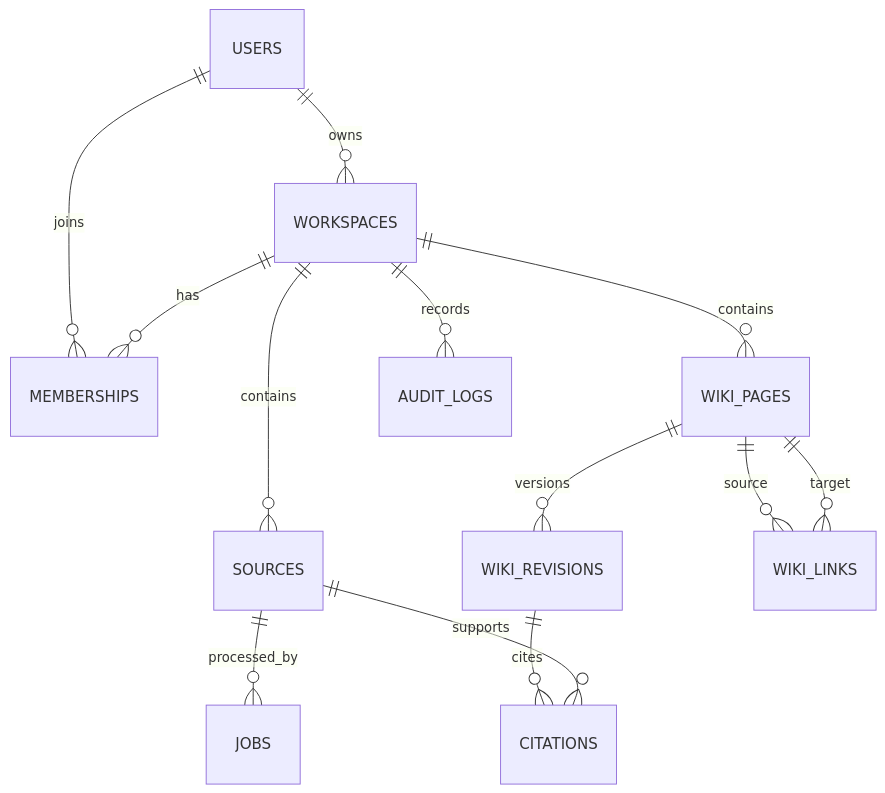
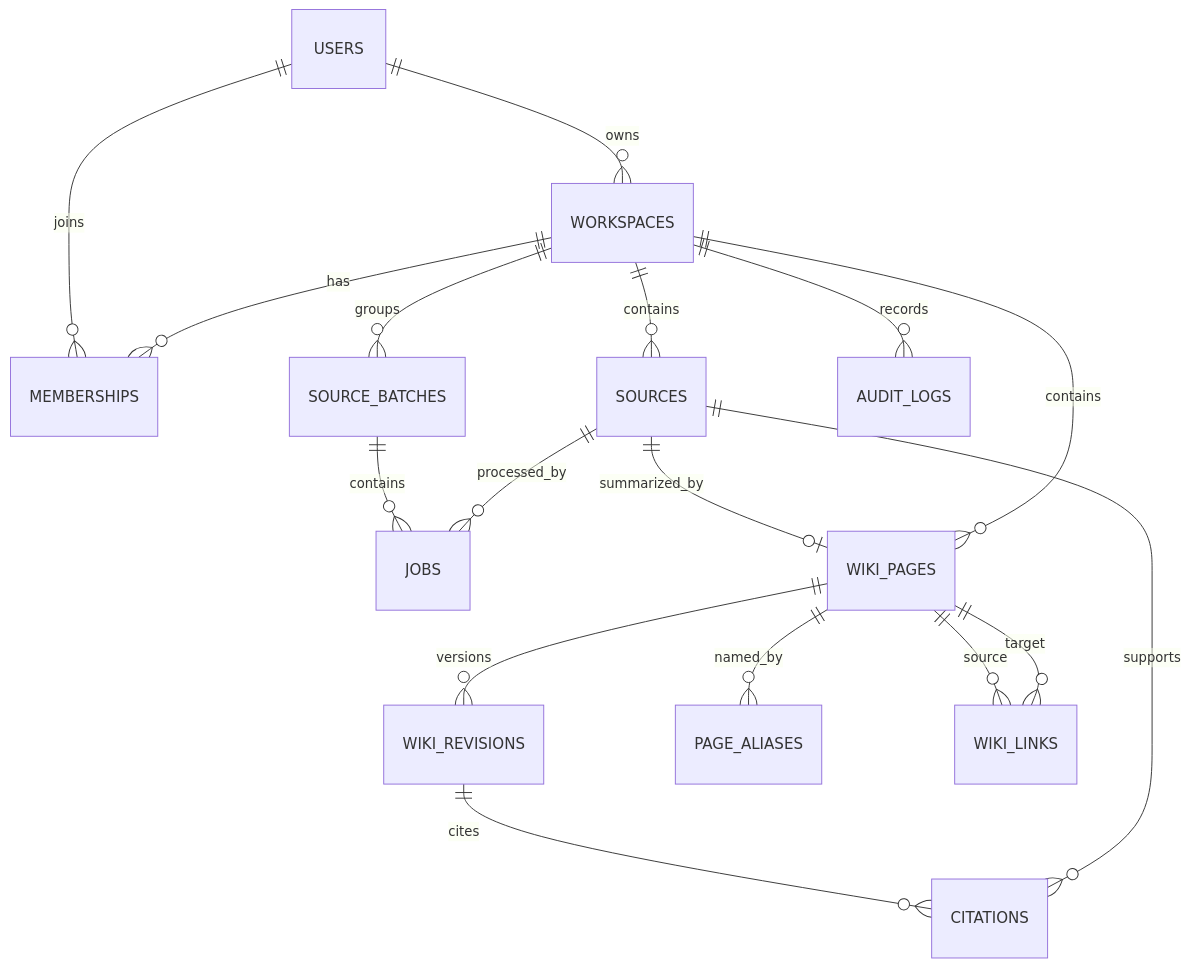
Before and after one commit to Archangel-he/local-llm-wiki: the diagram in docs/data-model.md, drawn with Mermaid. The commit also changed other lines of this file and 10 other files, not shown here.

````diff
--- a/docs/data-model.md
+++ b/docs/data-model.md
@@ -24,15 +24,19 @@
 ```mermaid
 erDiagram
     USERS ||--o{ WORKSPACES : owns
     USERS ||--o{ MEMBERSHIPS : joins
     WORKSPACES ||--o{ MEMBERSHIPS : has
     WORKSPACES ||--o{ SOURCES : contains
+    WORKSPACES ||--o{ SOURCE_BATCHES : groups
+    SOURCE_BATCHES ||--o{ JOBS : contains
     SOURCES ||--o{ JOBS : processed_by
+    SOURCES ||--o| WIKI_PAGES : summarized_by
     WORKSPACES ||--o{ WIKI_PAGES : contains
     WIKI_PAGES ||--o{ WIKI_REVISIONS : versions
+    WIKI_PAGES ||--o{ PAGE_ALIASES : named_by
     WIKI_PAGES ||--o{ WIKI_LINKS : source
     WIKI_PAGES ||--o{ WIKI_LINKS : target
     WIKI_REVISIONS ||--o{ CITATIONS : cites
     SOURCES ||--o{ CITATIONS : supports
     WORKSPACES ||--o{ AUDIT_LOGS : records
 ```
````
